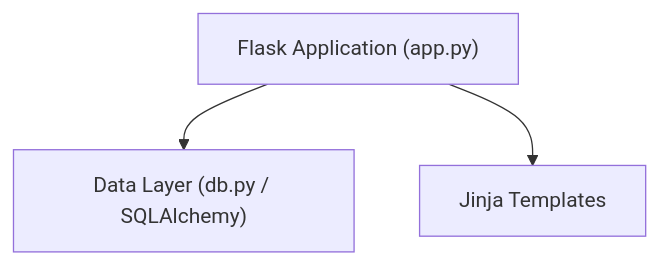
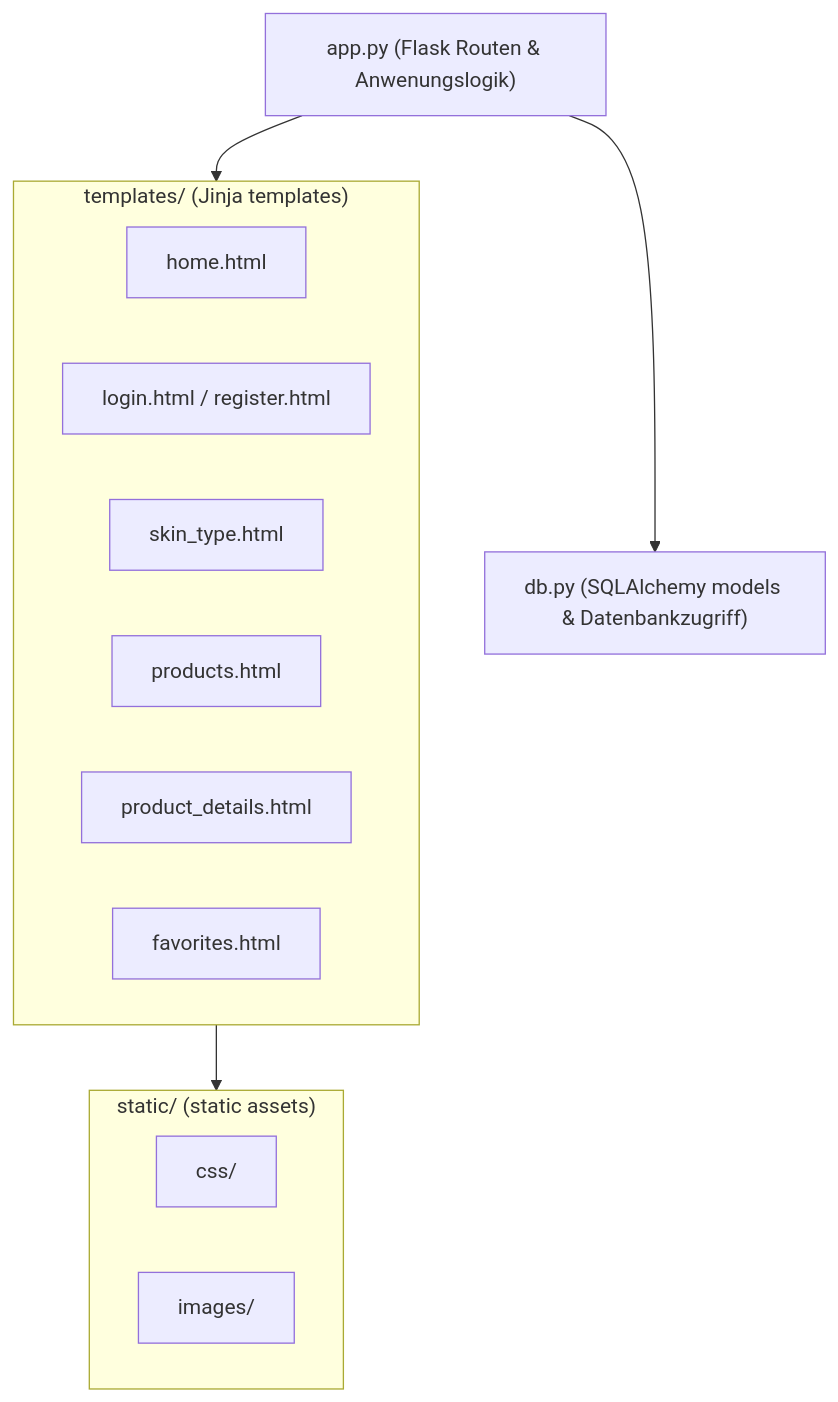
The diagram in docs/technical-docs/architecture.md (Tiberja/SkinSense), drawn with Mermaid before and after one commit.

````diff
--- a/docs/technical-docs/architecture.md
+++ b/docs/technical-docs/architecture.md
@@ -39,9 +39,23 @@
 ```mermaid
 graph TD
-    app["Flask Application (app.py)"]
-    db["Data Layer (db.py / SQLAlchemy)"]
-    templates["Jinja Templates"]
+    app["app.py (Flask Routen & Anwenungslogik)"]
+    db["db.py (SQLAlchemy models & Datenbankzugriff)"]
+
+    subgraph Templates["templates/ (Jinja templates)"]
+      t_home["home.html"]
+      t_login["login.html / register.html"]
+      t_skin["skin_type.html"]
+      t_products["products.html"]
+      t_details["product_details.html"]
+      t_fav["favorites.html"]
+    end
+
+    subgraph Static["static/ (static assets)"]
+      css["css/"]
+      imgs["images/"]
+    end
 
     app --> db
-    app --> templates
+    app --> Templates
+    Templates --> Static
 ```
````
